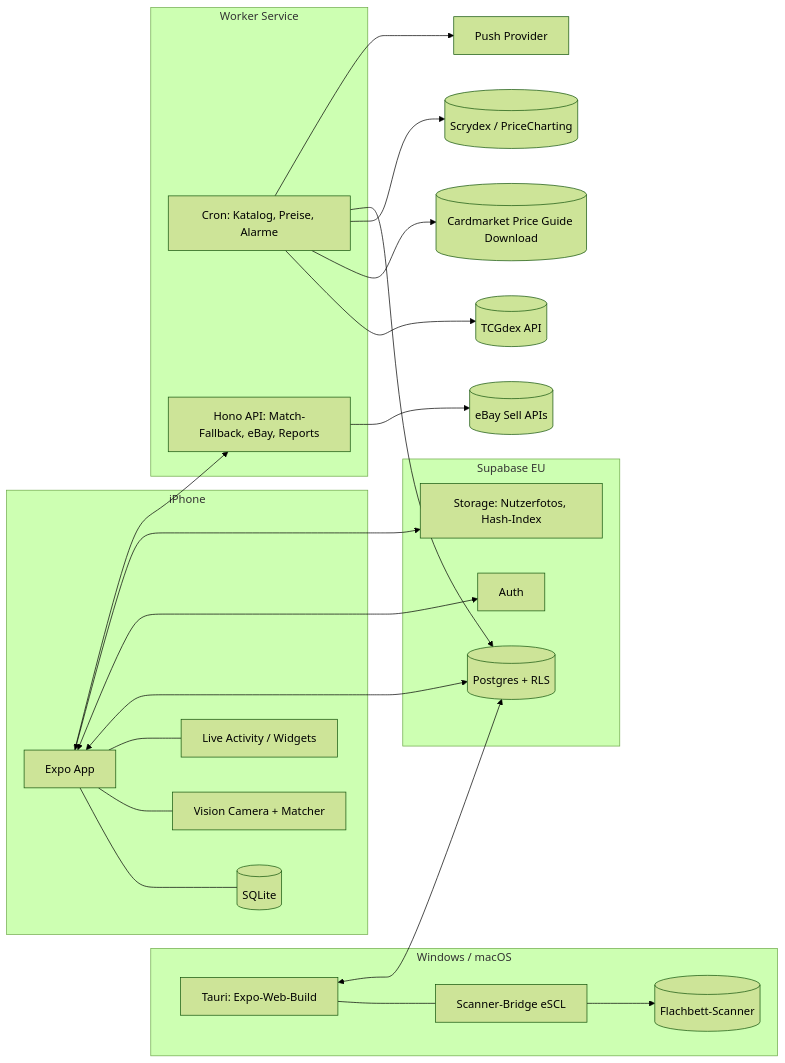
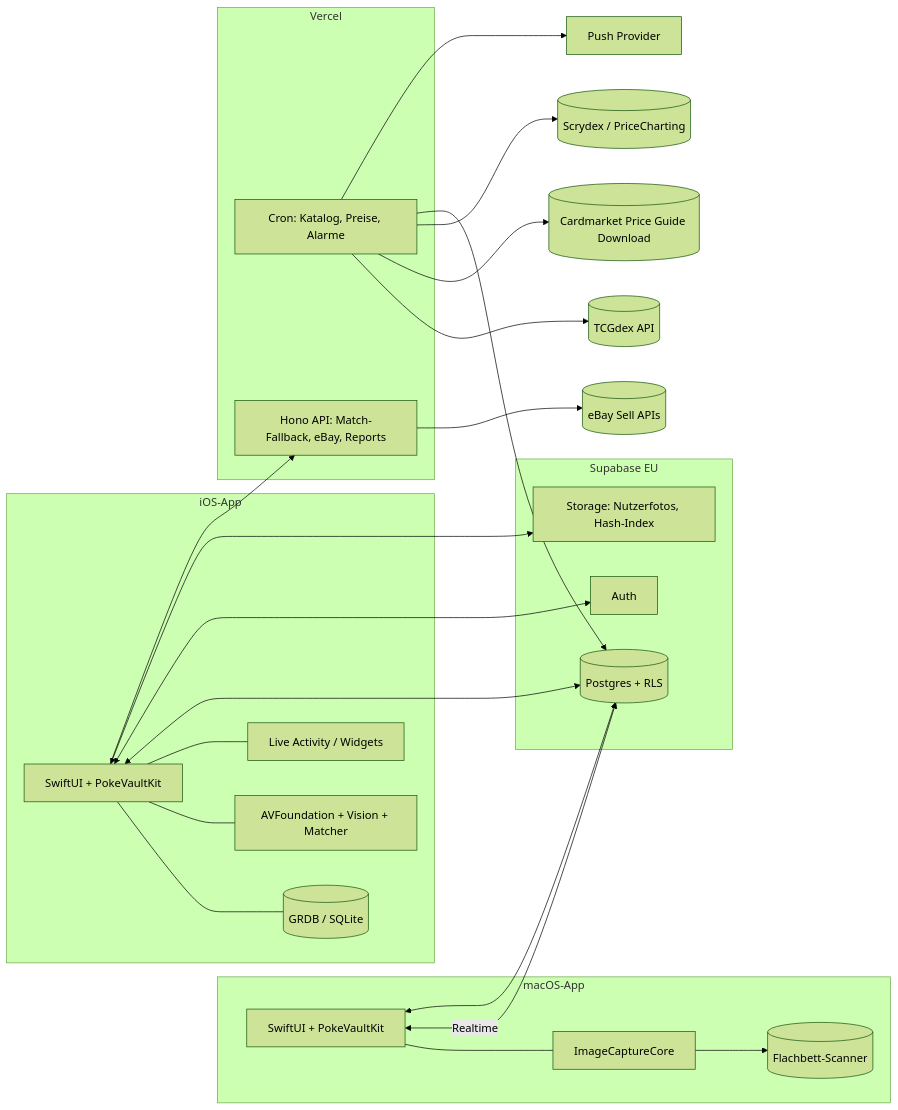
One commit to yesriskk/yesriskk changed the diagram in docs/03-architecture.md. Above: the diagram before and after it, drawn with Mermaid (forest theme). The commit also changed other lines of this file and 9 other files, not shown here.

First line of the commit message:
docs: ADR-001/003/004 annehmen (natives Swift), Architektur und Roadmap auf Swift umstellen, Entwicklung ohne Developer Program dokumentieren

````diff
--- a/docs/03-architecture.md
+++ b/docs/03-architecture.md
@@ -56,42 +47,43 @@
 ```mermaid
 flowchart LR
-  subgraph Desktop[Windows / macOS]
-    DApp[Tauri: Expo-Web-Build]
-    Scan[Scanner-Bridge eSCL]
+  subgraph Mac[macOS-App]
+    DApp[SwiftUI + PokeVaultKit]
+    Scan[ImageCaptureCore]
     DApp --- Scan
     Scan --> Flatbed[(Flachbett-Scanner)]
   end
-  subgraph Device[iPhone]
-    App[Expo App]
-    LocalDB[(SQLite)]
-    Cam[Vision Camera + Matcher]
+  subgraph Device[iOS-App]
+    App[SwiftUI + PokeVaultKit]
+    LocalDB[(GRDB / SQLite)]
+    Cam[AVFoundation + Vision + Matcher]
     LA[Live Activity / Widgets]
     App --- LocalDB
     App --- Cam
     App --- LA
   end
   subgraph Supabase[Supabase EU]
     PG[(Postgres + RLS)]
     Auth[Auth]
     Store[Storage: Nutzerfotos, Hash-Index]
   end
-  subgraph Worker[Worker Service]
+  subgraph Worker[Vercel]
     Cron[Cron: Katalog, Preise, Alarme]
     HTTP[Hono API: Match-Fallback, eBay, Reports]
   end
+  DApp <-->|Realtime| PG
   TCGdex[(TCGdex API)]
   CM[(Cardmarket Price Guide Download)]
   Graded[(Scrydex / PriceCharting)]
   eBay[(eBay Sell APIs)]
   DApp <--> PG
   App <--> PG
   App <--> Auth
   App <--> Store
   App --> HTTP
   Cron --> TCGdex
   Cron --> CM
   Cron --> Graded
   Cron --> PG
   HTTP --> eBay
   Cron --> Push[Push Provider]
 ```
````
